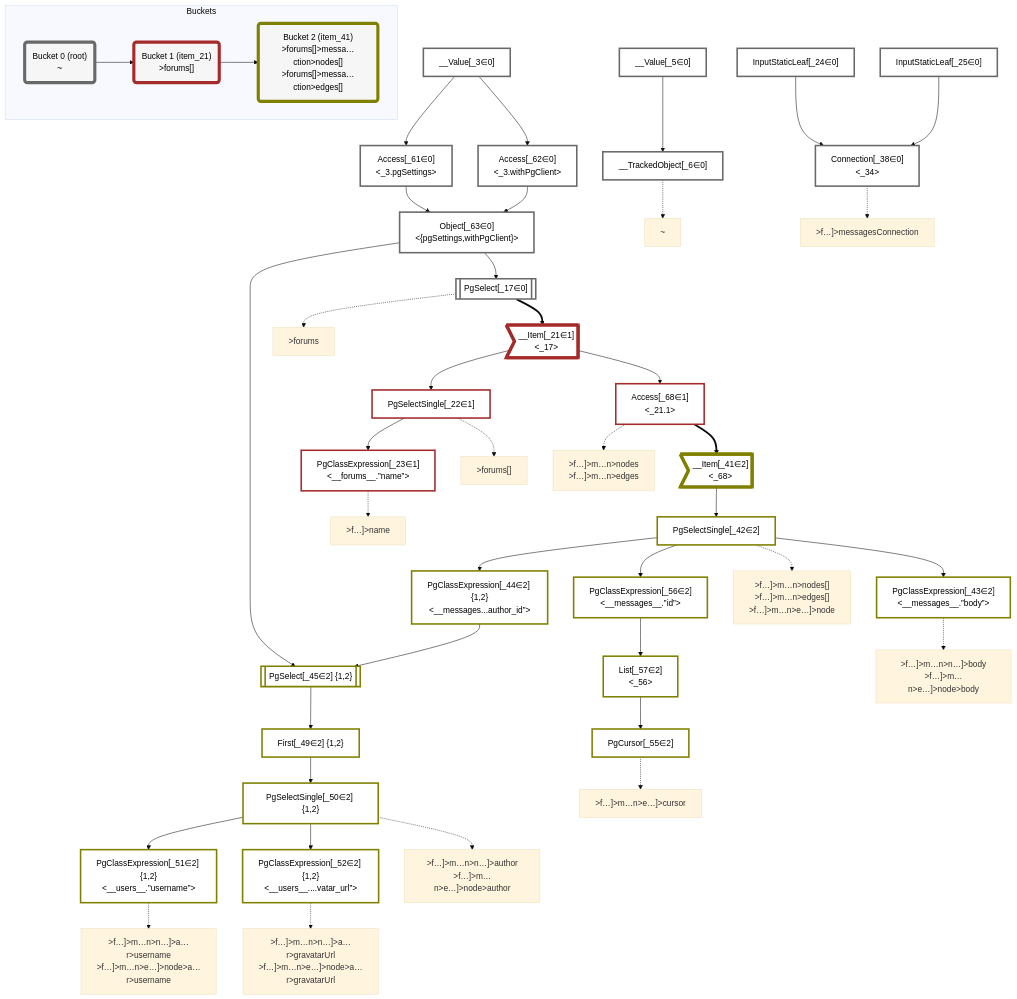
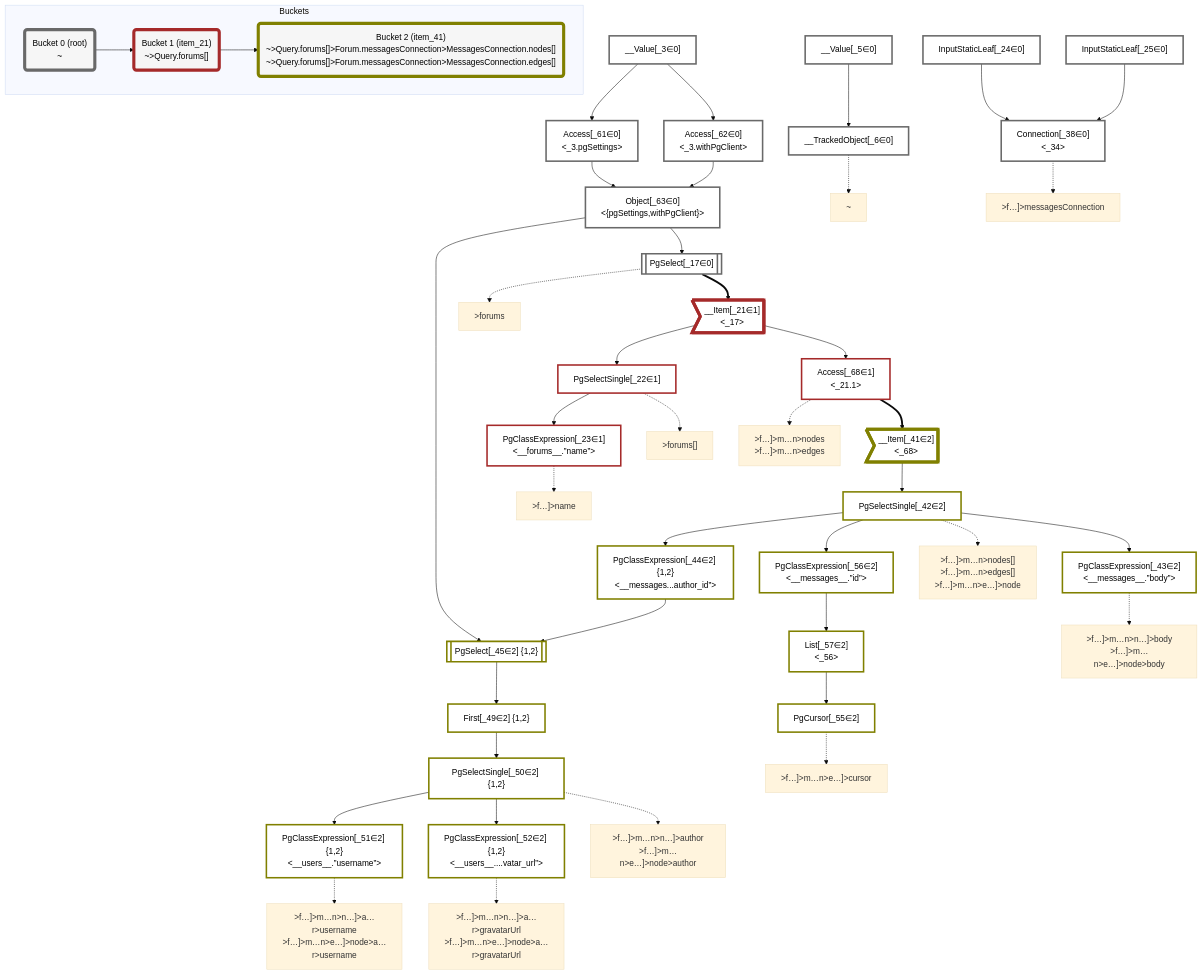
The diagram in packages/dataplan-pg/__tests__/queries/conditions/archived-forum-inherited-messages.defer-6.mermaid.md (graphile/crystal), drawn with Mermaid (base theme) before and after one commit. The commit also changed 141 other files, not shown here.

```diff
--- a/packages/dataplan-pg/__tests__/queries/conditions/archived-forum-inherited-messages.defer-6.mermaid.md
+++ b/packages/dataplan-pg/__tests__/queries/conditions/archived-forum-inherited-messages.defer-6.mermaid.md
@@ -99,10 +99,10 @@
     subgraph Buckets
     Bucket0("Bucket 0 (root)<br />~"):::bucket
     style Bucket0 stroke:#696969
-    Bucket1("Bucket 1 (item_21)<br />>forums[]"):::bucket
+    Bucket1("Bucket 1 (item_21)<br />~>Query.forums[]"):::bucket
     style Bucket1 stroke:#a52a2a
     Bucket0 --> Bucket1
-    Bucket2("Bucket 2 (item_41)<br />>forums[]>messa…ction>nodes[]<br />>forums[]>messa…ction>edges[]"):::bucket
+    Bucket2("Bucket 2 (item_41)<br />~>Query.forums[]>Forum.messagesConnection>MessagesConnection.nodes[]<br />~>Query.forums[]>Forum.messagesConnection>MessagesConnection.edges[]"):::bucket
     style Bucket2 stroke:#808000
     Bucket1 --> Bucket2
     end
```
